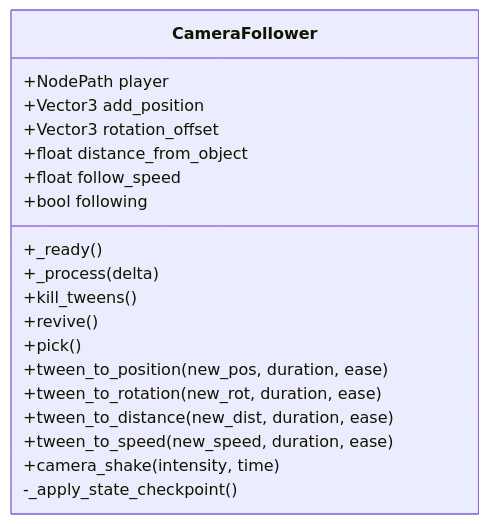
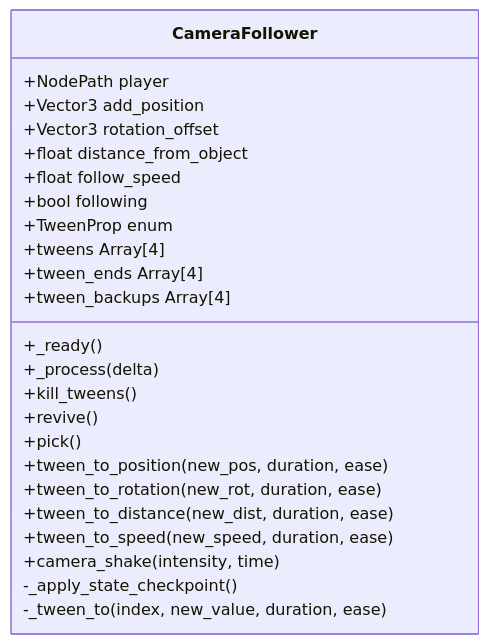
The third of 10 diagrams in .qoder/repowiki/zh/content/游戏系统/相机系统/相机跟随系统.md (godotline/godot-line), drawn with Mermaid before and after one commit. The commit also changed other lines of this file and 687 other files, not shown here.

````diff
--- a/.qoder/repowiki/zh/content/游戏系统/相机系统/相机跟随系统.md
+++ b/.qoder/repowiki/zh/content/游戏系统/相机系统/相机跟随系统.md
@@ -160,22 +157,27 @@
 ```mermaid
 classDiagram
 class CameraFollower {
 +NodePath player
 +Vector3 add_position
 +Vector3 rotation_offset
 +float distance_from_object
 +float follow_speed
 +bool following
++TweenProp enum
++tweens Array[4]
++tween_ends Array[4]
++tween_backups Array[4]
 +_ready()
 +_process(delta)
 +kill_tweens()
 +revive()
 +pick()
 +tween_to_position(new_pos, duration, ease)
 +tween_to_rotation(new_rot, duration, ease)
 +tween_to_distance(new_dist, duration, ease)
 +tween_to_speed(new_speed, duration, ease)
 +camera_shake(intensity, time)
 -_apply_state_checkpoint()
+-_tween_to(index, new_value, duration, ease)
 }
 ```
````
